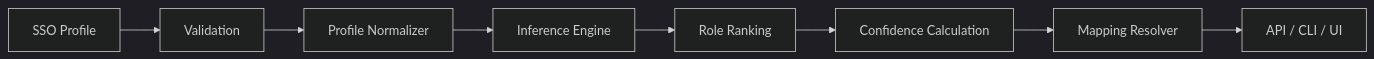
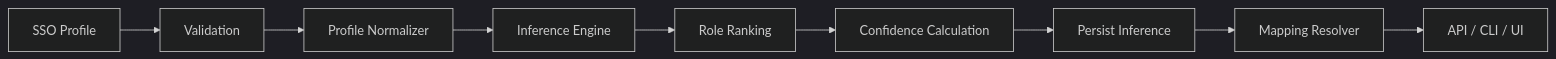
Before and after one commit to Aheal/role-inference-service: the first of 4 diagrams in README.md, drawn with Mermaid (dark theme). The commit also changed other lines of this file, not shown here.

````diff
--- a/README.md
+++ b/README.md
@@ -106,10 +106,11 @@
 ```mermaid
 flowchart LR
   A["SSO Profile"] --> B["Validation"]
   B --> C["Profile Normalizer"]
   C --> D["Inference Engine"]
   D --> E["Role Ranking"]
   E --> F["Confidence Calculation"]
-  F --> G["Mapping Resolver"]
-  G --> H["API / CLI / UI"]
+  F --> G["Persist Inference"]
+  G --> H["Mapping Resolver"]
+  H --> I["API / CLI / UI"]
 ```
````
